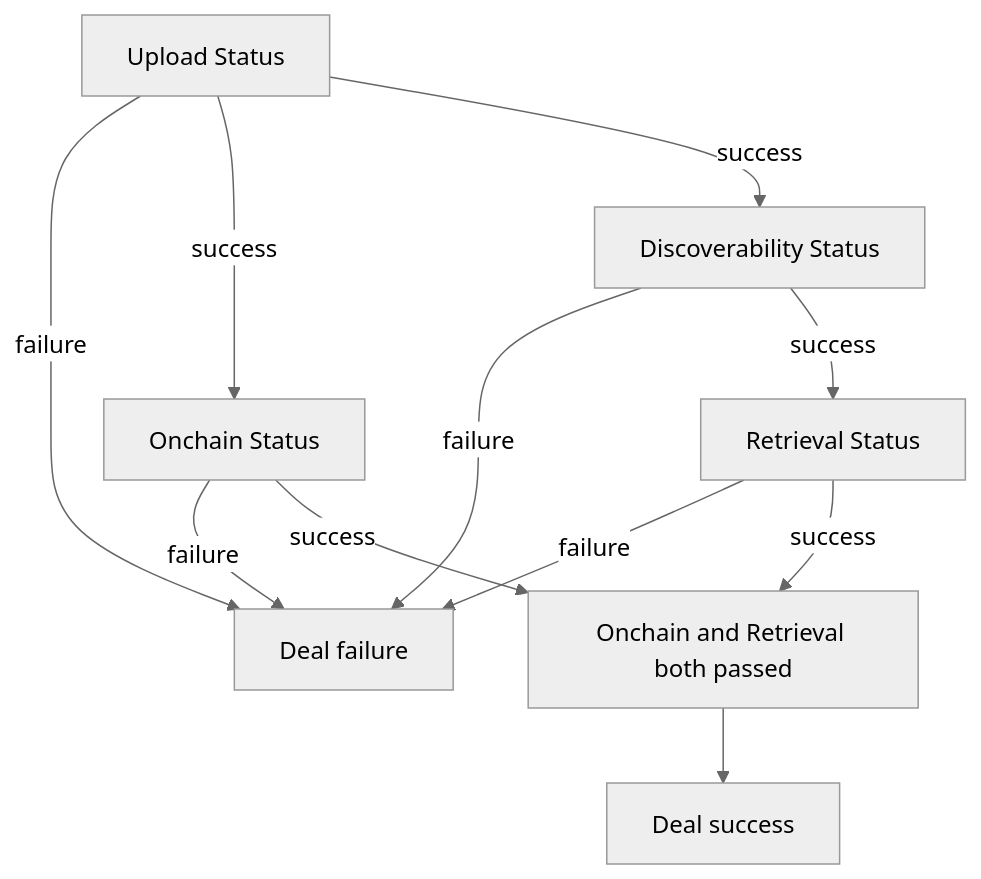
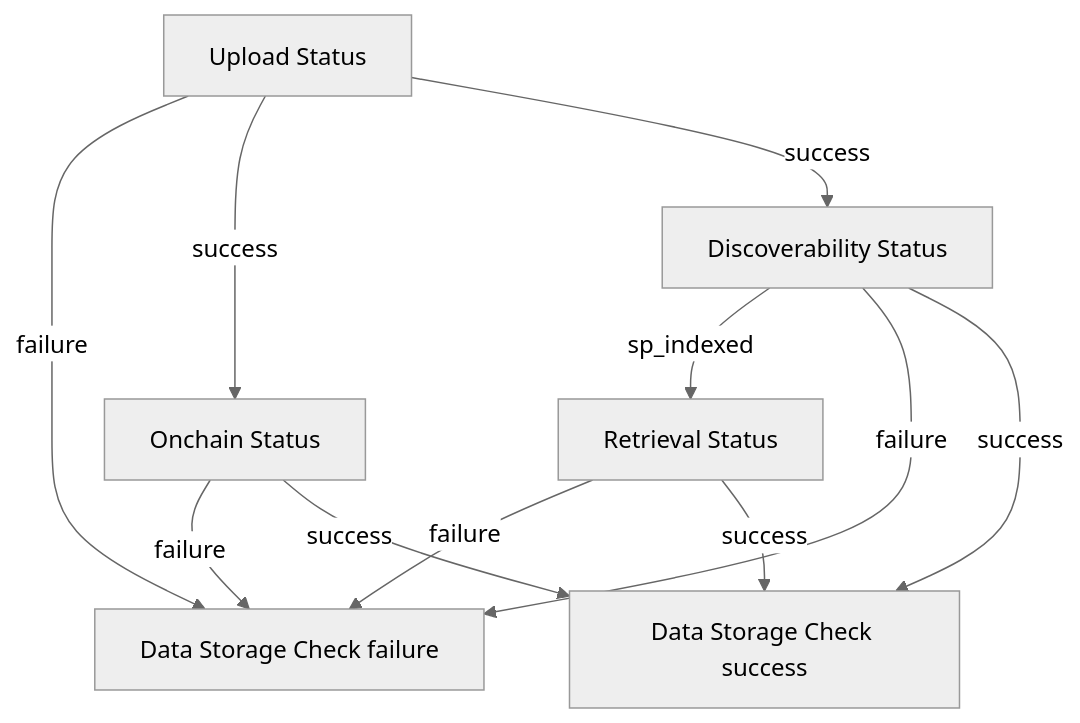
One commit to FilOzone/dealbot changed the second of 2 diagrams in docs/checks/data-storage.md. Above: the diagram before and after it, drawn with Mermaid (neutral theme). The commit also changed other lines of this file and 2 other files, not shown here.

````diff
--- a/docs/checks/data-storage.md
+++ b/docs/checks/data-storage.md
@@ -144,24 +144,22 @@
 ```mermaid
 flowchart TD
   U["Upload Status"]
   O["Onchain Status"]
   D["Discoverability Status"]
   R["Retrieval Status"]
-  JOIN["Onchain and Retrieval both passed"]
-  OK["Deal success"]
-  FAIL["Deal failure"]
+  OK["Data Storage Check success"]
+  FAIL["Data Storage Check failure"]
 
   U -->|failure| FAIL
   U -->|success| O
   U -->|success| D
+  D -->|sp_indexed| R
 
   O -->|failure| FAIL
   D -->|failure| FAIL
-
-  D -->|success| R
   R -->|failure| FAIL
 
-  O -->|success| JOIN
-  R -->|success| JOIN
-  JOIN --> OK
+  O -->|success| OK
+  D -->|success| OK
+  R -->|success| OK
 ```
````
